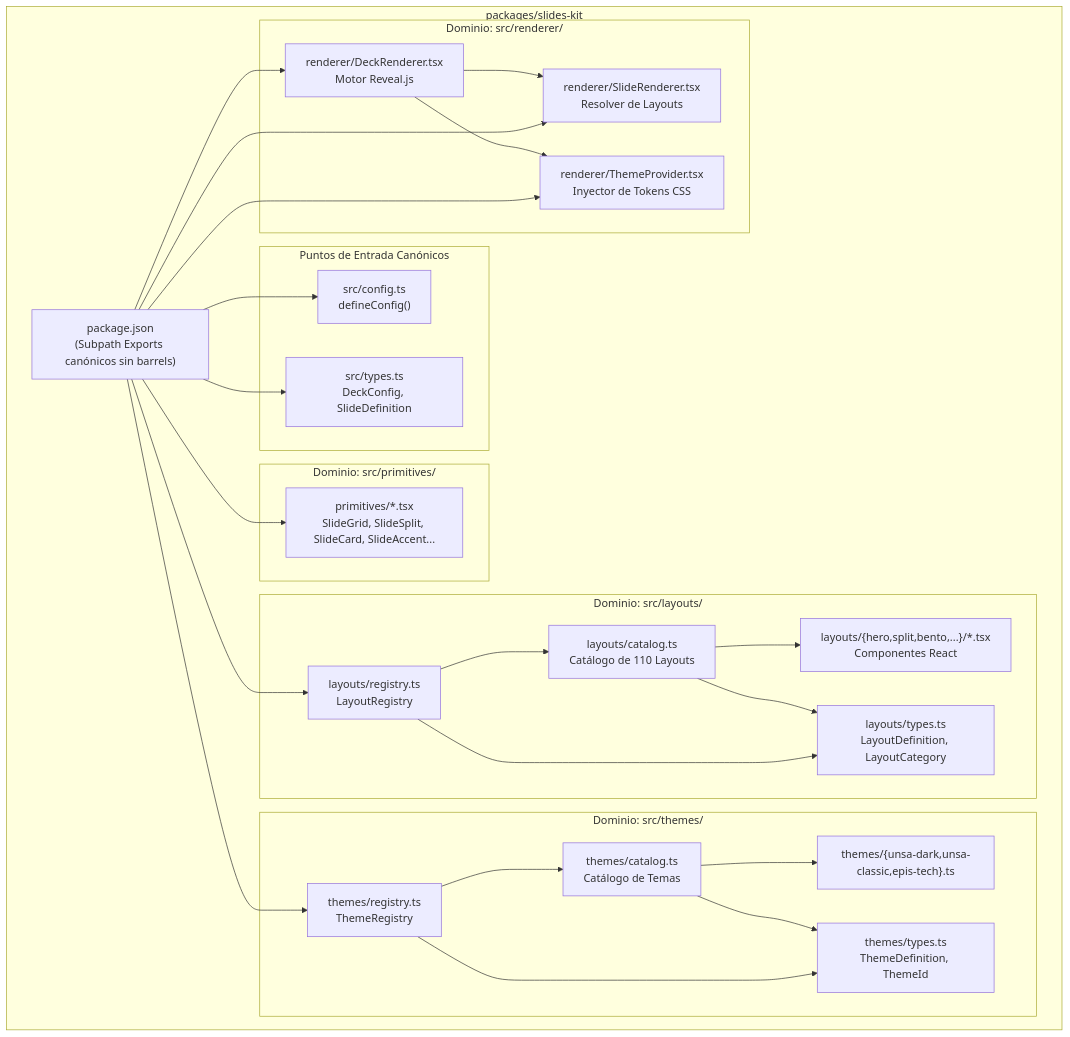
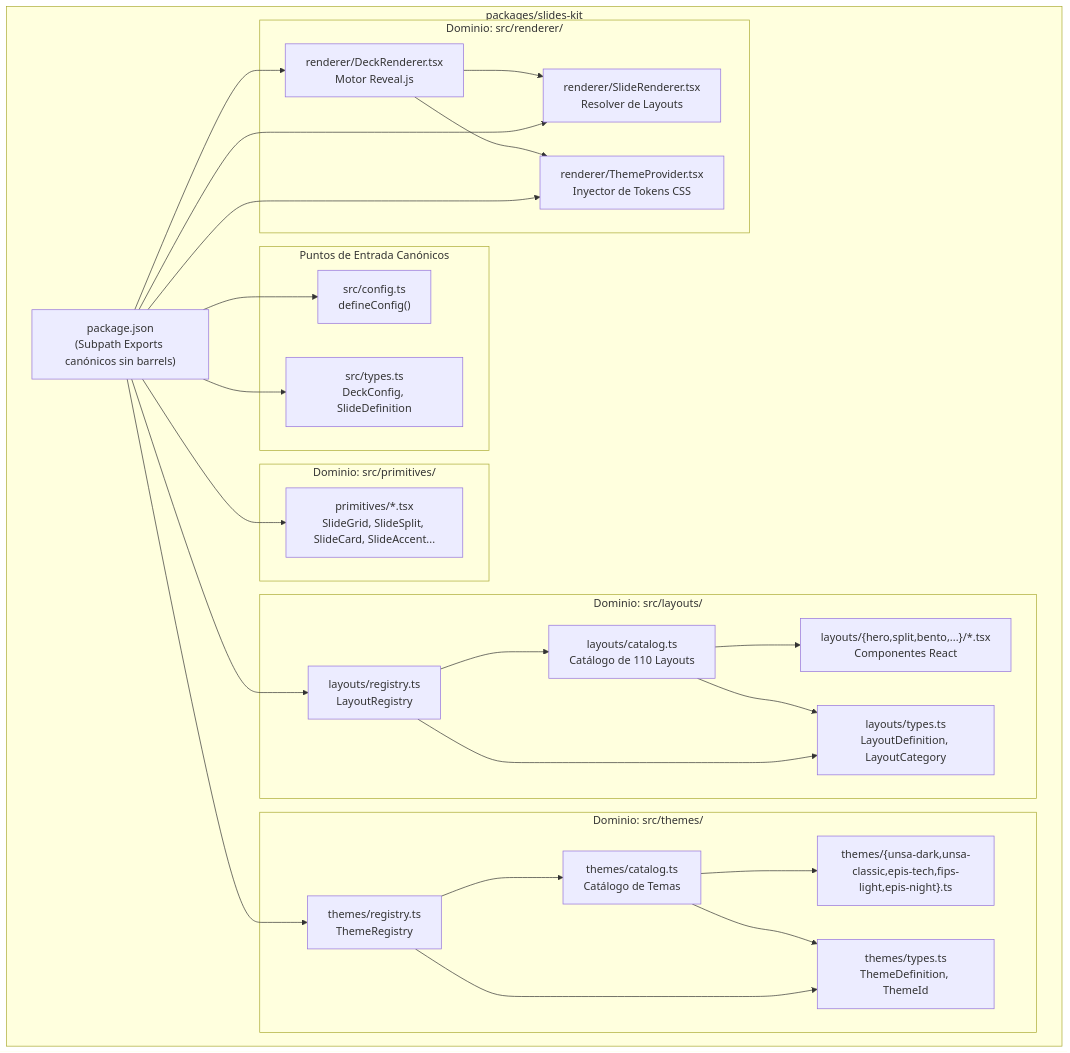
The second of 6 diagrams in docs/slides.md (UNSAReport/UNSAReport2), drawn with Mermaid before and after one commit. The commit also changed other lines of this file and 15 other files, not shown here.

````diff
--- a/docs/slides.md
+++ b/docs/slides.md
@@ -78,57 +78,57 @@
 ```mermaid
 flowchart TD
     subgraph Package["packages/slides-kit"]
         PackageJson["package.json<br/>(Subpath Exports canónicos sin barrels)"]
 
         subgraph Entrypoints["Puntos de Entrada Canónicos"]
             Config["src/config.ts<br/>defineConfig()"]
             Types["src/types.ts<br/>DeckConfig, SlideDefinition"]
         end
 
         subgraph LayoutsModule["Dominio: src/layouts/"]
             LRegistry["layouts/registry.ts<br/>LayoutRegistry"]
             LCatalog["layouts/catalog.ts<br/>Catálogo de 110 Layouts"]
             LTypes["layouts/types.ts<br/>LayoutDefinition, LayoutCategory"]
             LComponents["layouts/{hero,split,bento,...}/*.tsx<br/>Componentes React"]
 
             LRegistry --> LCatalog
             LCatalog --> LComponents
             LCatalog --> LTypes
             LRegistry --> LTypes
         end
 
         subgraph ThemesModule["Dominio: src/themes/"]
             TRegistry["themes/registry.ts<br/>ThemeRegistry"]
             TCatalog["themes/catalog.ts<br/>Catálogo de Temas"]
             TTypes["themes/types.ts<br/>ThemeDefinition, ThemeId"]
-            TFiles["themes/{unsa-dark,unsa-classic,epis-tech}.ts"]
+            TFiles["themes/{unsa-dark,unsa-classic,epis-tech,fips-light,epis-night}.ts"]
 
             TRegistry --> TCatalog
             TCatalog --> TFiles
             TCatalog --> TTypes
             TRegistry --> TTypes
         end
 
         subgraph PrimitivesModule["Dominio: src/primitives/"]
             Prim["primitives/*.tsx<br/>SlideGrid, SlideSplit, SlideCard, SlideAccent..."]
         end
 
         subgraph RendererModule["Dominio: src/renderer/"]
             DeckR["renderer/DeckRenderer.tsx<br/>Motor Reveal.js"]
             SlideR["renderer/SlideRenderer.tsx<br/>Resolver de Layouts"]
             ThemeP["renderer/ThemeProvider.tsx<br/>Inyector de Tokens CSS"]
 
             DeckR --> SlideR
             DeckR --> ThemeP
         end
 
         PackageJson --> Config
         PackageJson --> Types
         PackageJson --> LRegistry
         PackageJson --> TRegistry
         PackageJson --> DeckR
         PackageJson --> SlideR
         PackageJson --> ThemeP
         PackageJson --> Prim
     end
 ```
````
